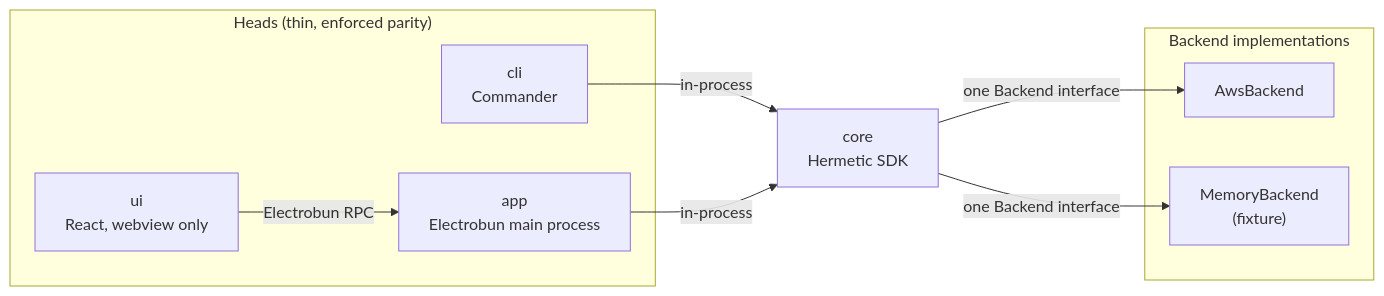
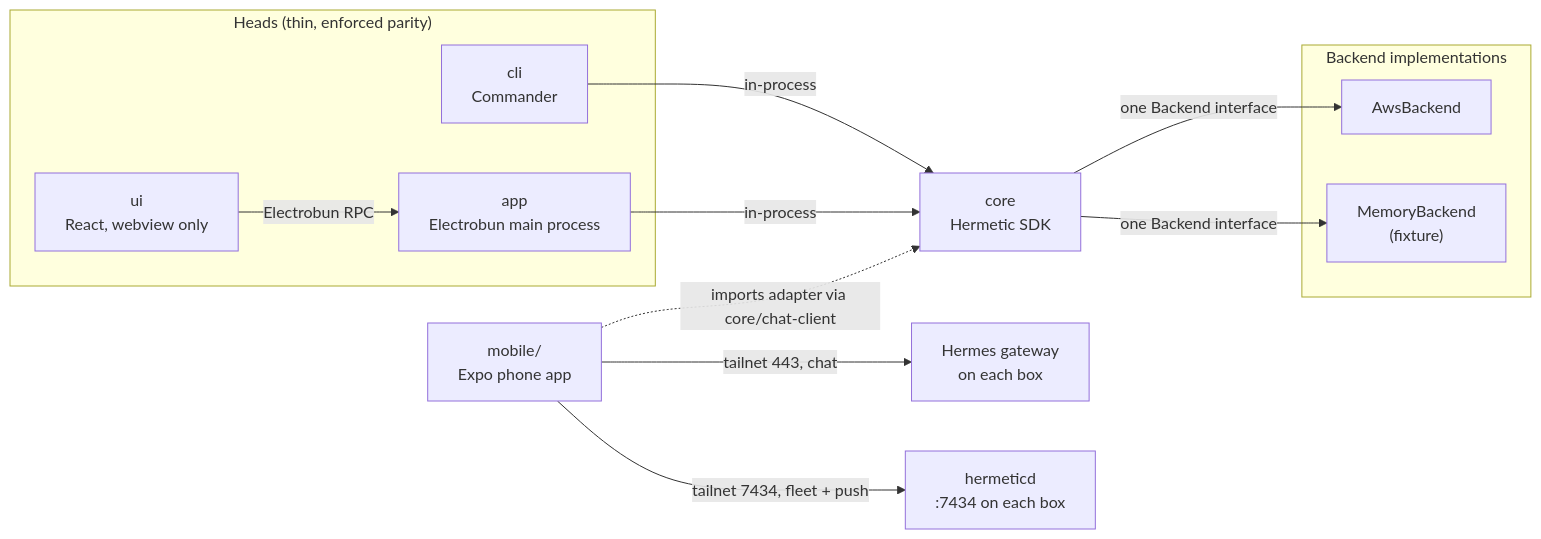
Before and after one commit to esopian/hermetic: the diagram in docs/architecture.md, drawn with Mermaid. The commit also changed other lines of this file and 402 other files, not shown here.

First line of the commit message:
feat(mobile): add iOS companion chat app (#58)

````diff
--- a/docs/architecture.md
+++ b/docs/architecture.md
@@ -7,19 +7,25 @@
 ```mermaid
 flowchart LR
     subgraph heads["Heads (thin, enforced parity)"]
         cli["cli\nCommander"]
         app["app\nElectrobun main process"]
         ui["ui\nReact, webview only"]
     end
     core["core\nHermetic SDK"]
+    phone["mobile/\nExpo phone app"]
+    gw["Hermes gateway\non each box"]
+    hd["hermeticd\n:7434 on each box"]
     subgraph backends["Backend implementations"]
         aws["AwsBackend"]
         mem["MemoryBackend\n(fixture)"]
     end
 
     cli -- "in-process" --> core
     app -- "in-process" --> core
     ui -- "Electrobun RPC" --> app
+    phone -- "tailnet 443, chat" --> gw
+    phone -- "tailnet 7434, fleet + push" --> hd
+    phone -. "imports adapter via core/chat-client" .-> core
     core -- "one Backend interface" --> aws
     core -- "one Backend interface" --> mem
 ```
````
